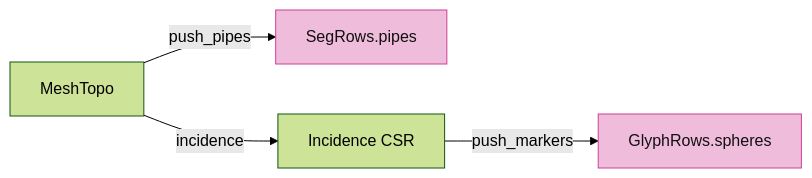
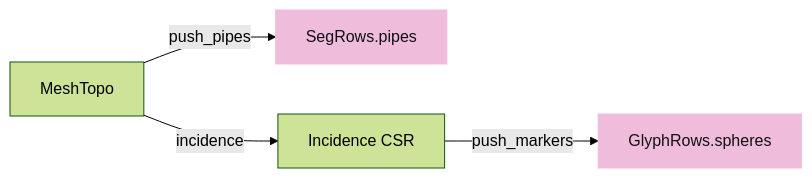
Before and after one commit to petrasvestartas/session: the seventh of 14 diagrams in session_viewer/docs/06-cad-contract.md, drawn with Mermaid (forest theme). The commit also changed other lines of this file and 324 other files, not shown here.

````diff
--- a/session_viewer/docs/06-cad-contract.md
+++ b/session_viewer/docs/06-cad-contract.md
@@ -139,8 +155,8 @@
 ```mermaid
 flowchart LR
     T["MeshTopo"] -- "push_pipes" --> P["SegRows.pipes"]
     T -- "incidence" --> I["Incidence CSR"]
     I -- "push_markers" --> S["GlyphRows.spheres"]
-    style P fill:#f0bcdb,stroke:#ce4095,color:#111
-    style S fill:#f0bcdb,stroke:#ce4095,color:#111
+    style P fill:#f0bcdb,stroke:#f0bcdb,color:#111
+    style S fill:#f0bcdb,stroke:#f0bcdb,color:#111
 ```
````
